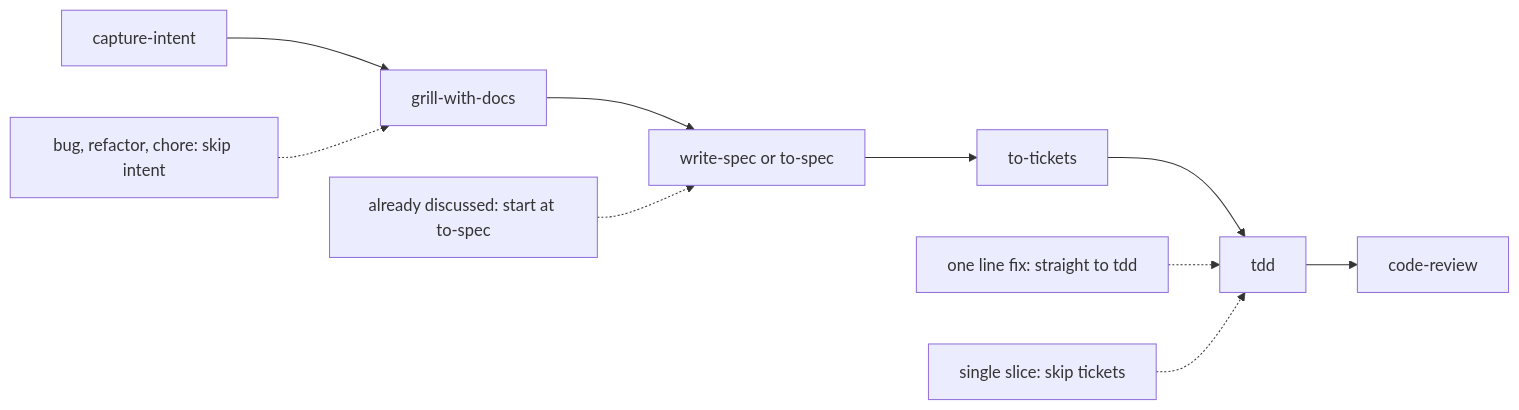
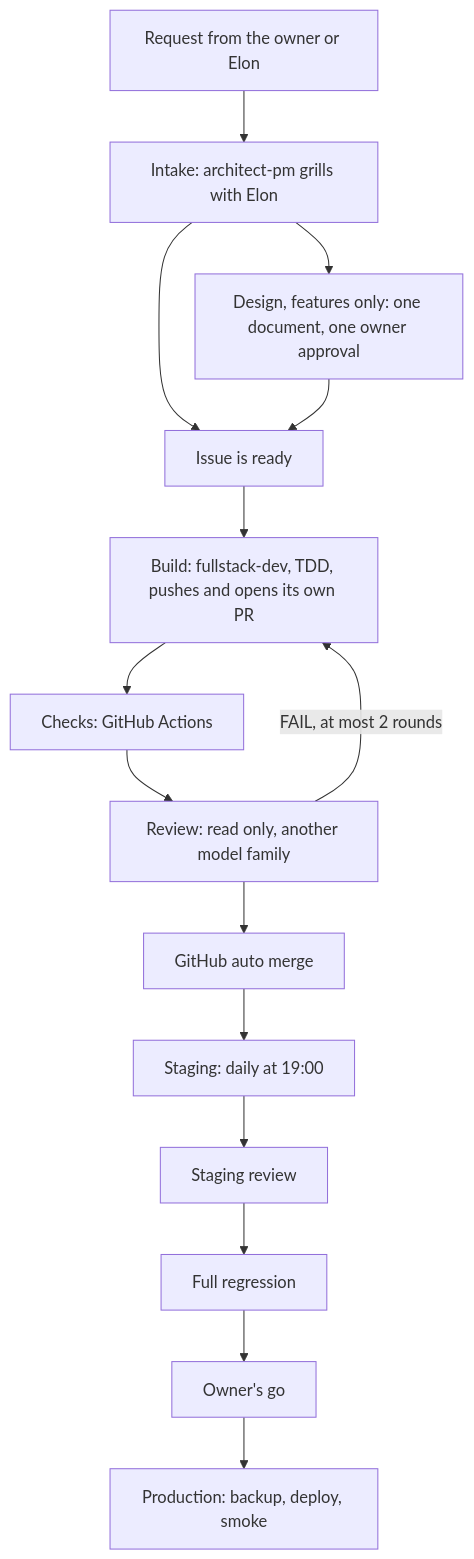
Before and after one commit to mingster/dotfiles: the diagram in README.md, drawn with Mermaid. The commit also changed other lines of this file and 1 other file, not shown here.

````diff
--- a/README.md
+++ b/README.md
@@ -196,12 +71,17 @@
 ```mermaid
-flowchart LR
-    A["capture-intent"] --> B["grill-with-docs"]
-    B --> C["write-spec or to-spec"]
-    C --> D["to-tickets"]
-    D --> E["tdd"]
-    E --> F["code-review"]
-    S1["bug, refactor, chore: skip intent"] -.-> B
-    S2["one line fix: straight to tdd"] -.-> E
-    S3["already discussed: start at to-spec"] -.-> C
-    S4["single slice: skip tickets"] -.-> E
+flowchart TD
+    Req["Request from the owner or Elon"] --> Intake["Intake: architect-pm grills with Elon"]
+    Intake --> Design["Design, features only: one document, one owner approval"]
+    Intake --> Ready["Issue is ready"]
+    Design --> Ready
+    Ready --> Build["Build: fullstack-dev, TDD, pushes and opens its own PR"]
+    Build --> Checks["Checks: GitHub Actions"]
+    Checks --> Review["Review: read only, another model family"]
+    Review -->|"FAIL, at most 2 rounds"| Build
+    Review --> Merge["GitHub auto merge"]
+    Merge --> Staging["Staging: daily at 19:00"]
+    Staging --> SR["Staging review"]
+    SR --> Reg["Full regression"]
+    Reg --> Go["Owner's go"]
+    Go --> Prod["Production: backup, deploy, smoke"]
 ```
````
